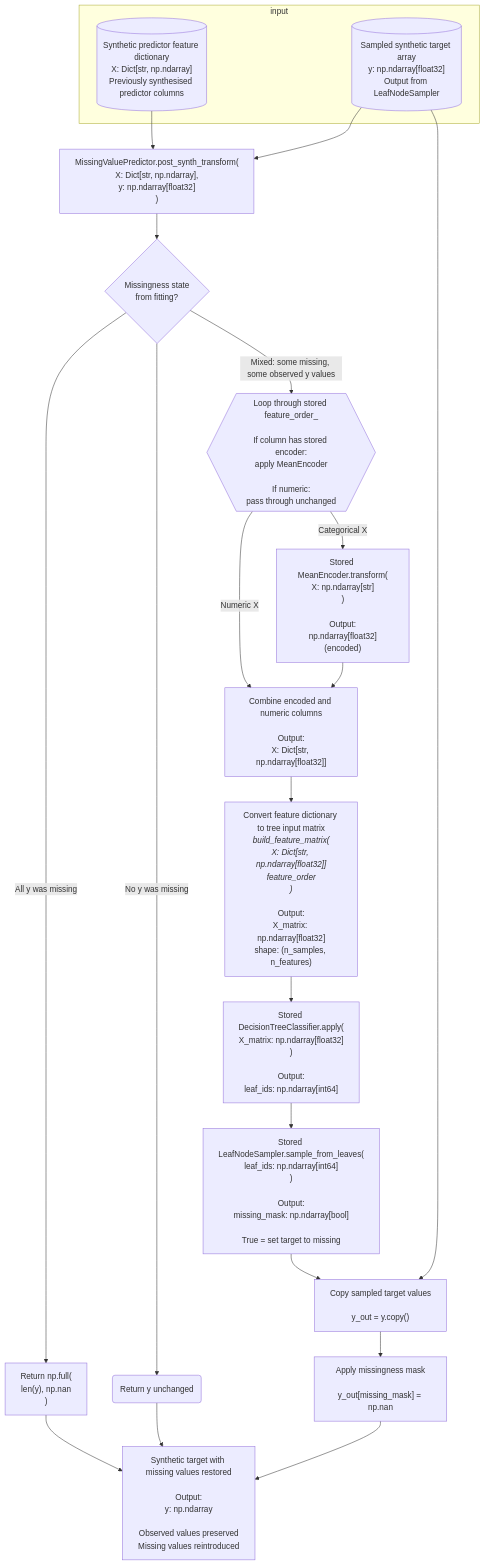
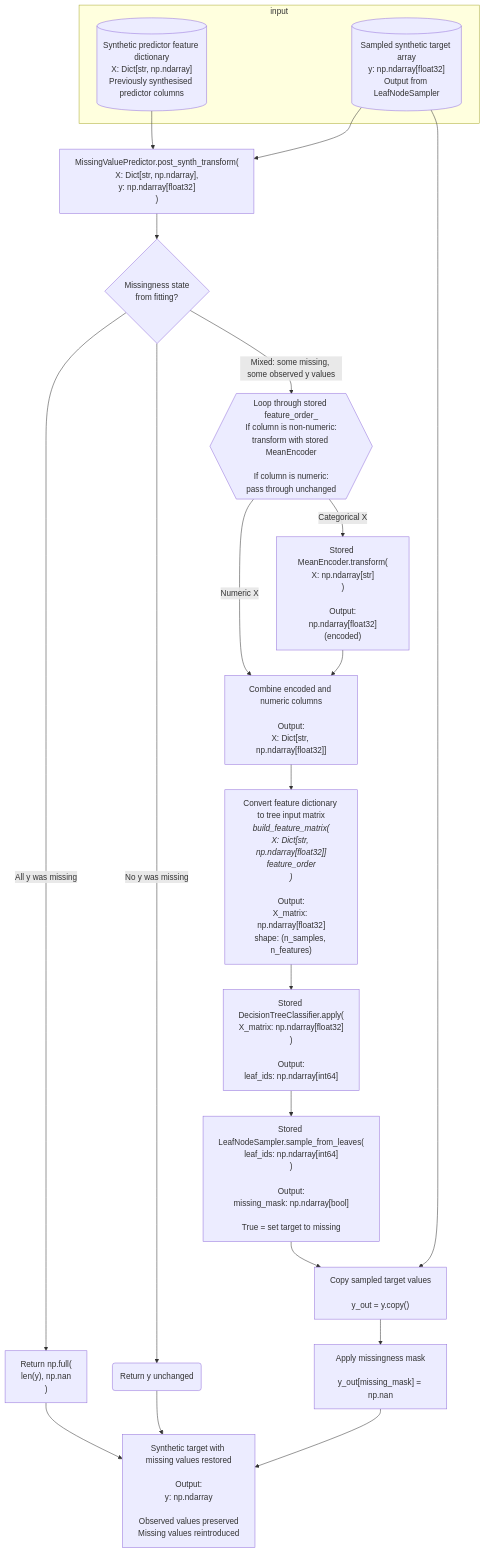
Before and after one commit to duonl/synthpop-py: the fourth of 8 diagrams in docs/source/developer/way_of_working/dataflowdiagram.md, drawn with Mermaid. The commit also changed other lines of this file, not shown here.

````diff
--- a/docs/source/developer/way_of_working/dataflowdiagram.md
+++ b/docs/source/developer/way_of_working/dataflowdiagram.md
@@ -213,40 +213,40 @@
 ```{mermaid}
 ---
 zoom:
 ---
 
 flowchart TD
 
       subgraph input
             FEATURES[("Synthetic predictor feature dictionary<br/>X: Dict[str, np.ndarray]<br/>Previously synthesised predictor columns")]
             TARGET[("Sampled synthetic target array<br/>y: np.ndarray[float32]<br/>Output from LeafNodeSampler")]
       end
 
       FEATURES --> MVP["MissingValuePredictor.post_synth_transform(<br/>X: Dict[str, np.ndarray],<br/>y: np.ndarray[float32]<br/>)"]
       TARGET --> MVP
 
       MVP --> STATUS{"Missingness state<br/>from fitting?"}
 
-      STATUS -->|Mixed: some missing, some observed y values| LOOP{{"Loop through stored feature_order_<br/><br/>If column has stored encoder:<br/>apply MeanEncoder<br/><br/>If numeric:<br/>pass through unchanged"}}
+      STATUS -->|Mixed: some missing, some observed y values| LOOP{{"Loop through stored feature_order_<br/>If column is non-numeric:<br/>transform with stored MeanEncoder<br/><br/>If column is numeric:<br/>pass through unchanged"}}
 
       LOOP -->|Categorical X| ENC["Stored MeanEncoder.transform(<br/>X: np.ndarray[str]<br/>)<br/><br/>Output:<br/>np.ndarray[float32]<br/>(encoded)"]
       LOOP -->|Numeric X| MERGE["Combine encoded and numeric columns<br/><br/>Output:<br/>X: Dict[str, np.ndarray[float32]]"]
 
       ENC --> MERGE
 
       MERGE --> MATRIX["`Convert feature dictionary to tree input matrix<br/>*_build_feature_matrix(<br/>X: Dict[str, np.ndarray[float32]]<br/>feature_order_<br/>)*<br/><br/>Output:<br/>X_matrix: np.ndarray[float32]<br/>shape: (n_samples, n_features)`"]
 
       MATRIX --> APPLY["Stored DecisionTreeClassifier.apply(<br/>X_matrix: np.ndarray[float32]<br/>)<br/><br/>Output:<br/>leaf_ids: np.ndarray[int64]"]
 
       APPLY --> SAMPLE["Stored LeafNodeSampler.sample_from_leaves(<br/>leaf_ids: np.ndarray[int64]<br/>)<br/><br/>Output:<br/>missing_mask: np.ndarray[bool]<br/><br/>True = set target to missing"]
 
       SAMPLE --> MASK["Copy sampled target values<br/><br/>y_out = y.copy()"]
       TARGET --> MASK
 
       MASK --> RESTORE["Apply missingness mask<br/><br/>y_out[missing_mask] = np.nan"]
 
       STATUS -->|All y was missing| Y_MISSING["Return np.full(<br/>len(y), np.nan<br/>)"] --> OUTPUT
       STATUS -->|No y was missing| Y_OBSERVED("Return y unchanged") --> OUTPUT
 
       RESTORE --> OUTPUT["Synthetic target with missing values restored<br/><br/>Output:<br/>y: np.ndarray<br/><br/>Observed values preserved<br/>Missing values reintroduced"]
 ```
````
